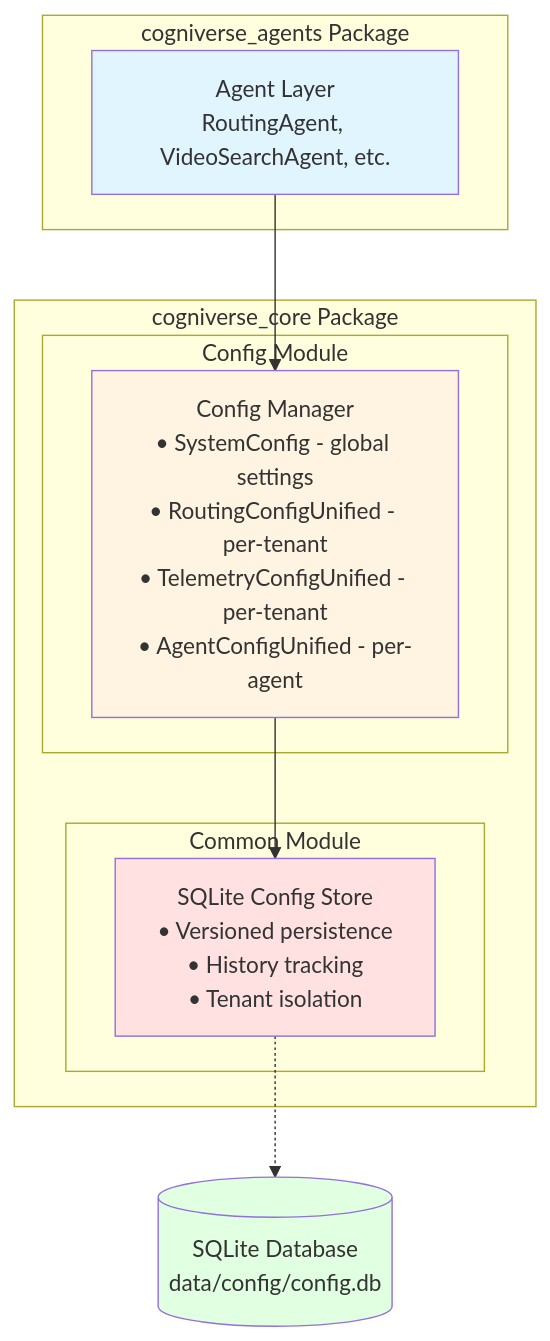
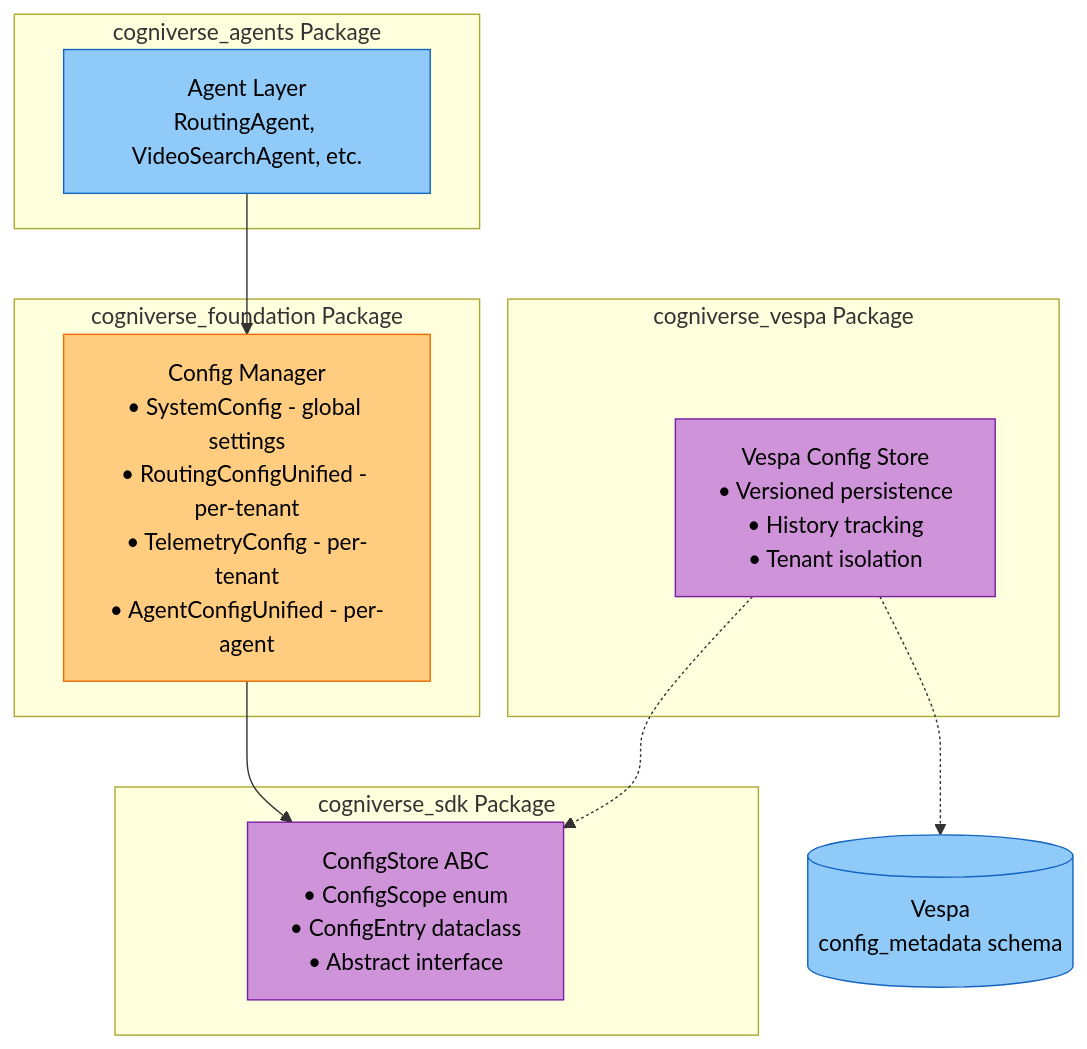
One commit to amit-jain/cogniverse changed the first of 4 diagrams in docs/modules/common.md. Above: the diagram before and after it, drawn with Mermaid. The commit also changed other lines of this file and 83 other files, not shown here.

First line of the commit message:
Fix documentation veracity, formatting, and diagrams across all modules

````diff
--- a/docs/modules/common.md
+++ b/docs/modules/common.md
@@ -69,25 +83,29 @@
 ```mermaid
-graph TB
+flowchart TB
     subgraph "cogniverse_agents Package"
-        AgentLayer[Agent Layer<br/>RoutingAgent, VideoSearchAgent, etc.]
+        AgentLayer["<span style='color:#000'>Agent Layer<br/>RoutingAgent, VideoSearchAgent, etc.</span>"]
     end
 
-    subgraph "cogniverse_core Package"
-        subgraph "Config Module"
-            ConfigManager[Config Manager<br/>• SystemConfig - global settings<br/>• RoutingConfigUnified - per-tenant<br/>• TelemetryConfigUnified - per-tenant<br/>• AgentConfigUnified - per-agent]
-        end
+    subgraph "cogniverse_foundation Package"
+        ConfigManager["<span style='color:#000'>Config Manager<br/>• SystemConfig - global settings<br/>• RoutingConfigUnified - per-tenant<br/>• TelemetryConfig - per-tenant<br/>• AgentConfigUnified - per-agent</span>"]
+    end
 
-        subgraph "Common Module"
-            ConfigStore[SQLite Config Store<br/>• Versioned persistence<br/>• History tracking<br/>• Tenant isolation]
-        end
+    subgraph "cogniverse_sdk Package"
+        ConfigStoreABC["<span style='color:#000'>ConfigStore ABC<br/>• ConfigScope enum<br/>• ConfigEntry dataclass<br/>• Abstract interface</span>"]
+    end
+
+    subgraph "cogniverse_vespa Package"
+        VespaConfigStore["<span style='color:#000'>Vespa Config Store<br/>• Versioned persistence<br/>• History tracking<br/>• Tenant isolation</span>"]
     end
 
     AgentLayer --> ConfigManager
-    ConfigManager --> ConfigStore
-    ConfigStore -.-> DB[(SQLite Database<br/>data/config/config.db)]
+    ConfigManager --> ConfigStoreABC
+    VespaConfigStore -.-> ConfigStoreABC
+    VespaConfigStore -.-> Vespa[("<span style='color:#000'>Vespa<br/>config_metadata schema</span>")]
 
-    style AgentLayer fill:#e1f5ff
-    style ConfigManager fill:#fff4e1
-    style ConfigStore fill:#ffe1e1
-    style DB fill:#e1ffe1
+    style AgentLayer fill:#90caf9,stroke:#1565c0,color:#000
+    style ConfigManager fill:#ffcc80,stroke:#ef6c00,color:#000
+    style ConfigStoreABC fill:#ce93d8,stroke:#7b1fa2,color:#000
+    style VespaConfigStore fill:#ce93d8,stroke:#7b1fa2,color:#000
+    style Vespa fill:#90caf9,stroke:#1565c0,color:#000
 ```
````
